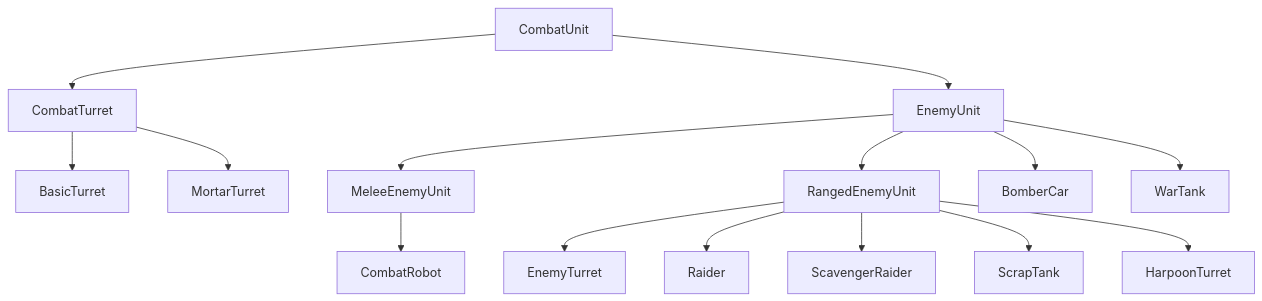
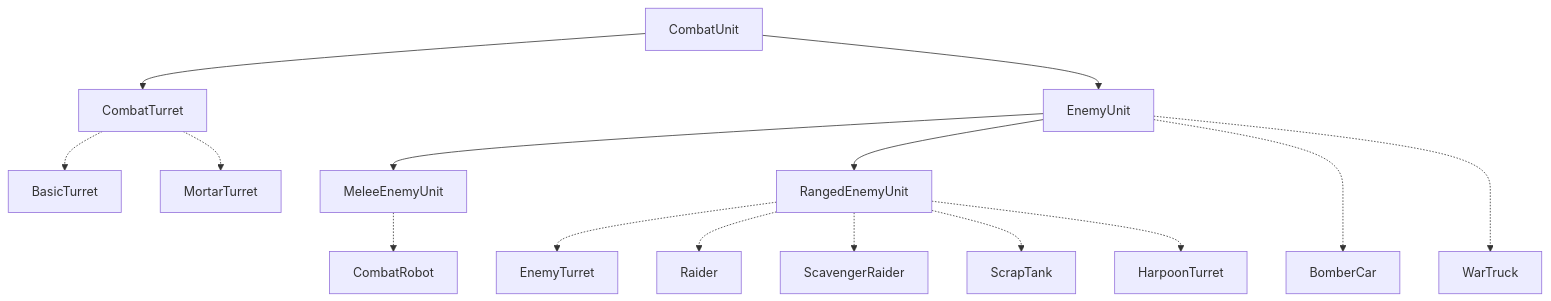
The diagram in 유닛 코드 설계 및 구현도.md (Bin-Buffstudio/Obsidian-Git), drawn with Mermaid before and after one commit. The commit also changed other lines of this file and 1 other file, not shown here.

````diff
--- a/유닛 코드 설계 및 구현도.md
+++ b/유닛 코드 설계 및 구현도.md
@@ -2,33 +21,33 @@
 ```mermaid
  	 flowchart
      CombatUnit
 	     CombatTurret
 		     BasicTurret
 		     MortarTurret
 	     EnemyUnit
 		     MeleeEnemyUnit
 			     CombatRobot
 		     RangedEnemyUnit
 			     EnemyTurret
 			     Raider
 			     ScavengerRaider
 			     ScrapTank
 			     HarpoonTurret
 			BomberCar
-			WarTank
+			WarTruck
  
      CombatUnit --> CombatTurret
      CombatUnit --> EnemyUnit
-     CombatTurret --> BasicTurret
-     CombatTurret --> MortarTurret
+     CombatTurret -.-> BasicTurret
+     CombatTurret -.-> MortarTurret
      EnemyUnit --> MeleeEnemyUnit
-     MeleeEnemyUnit --> CombatRobot
+     MeleeEnemyUnit -.-> CombatRobot
      EnemyUnit --> RangedEnemyUnit
-     RangedEnemyUnit --> EnemyTurret
-     RangedEnemyUnit --> Raider
-     RangedEnemyUnit --> ScavengerRaider
-     RangedEnemyUnit --> ScrapTank
-     RangedEnemyUnit --> HarpoonTurret
-     EnemyUnit --> BomberCar
-     EnemyUnit --> WarTank
+     RangedEnemyUnit -.-> EnemyTurret
+     RangedEnemyUnit -.-> Raider
+     RangedEnemyUnit -.-> ScavengerRaider
+     RangedEnemyUnit -.-> ScrapTank
+     RangedEnemyUnit -.-> HarpoonTurret
+     EnemyUnit -..-> BomberCar
+     EnemyUnit -..-> WarTruck
  ```
````
